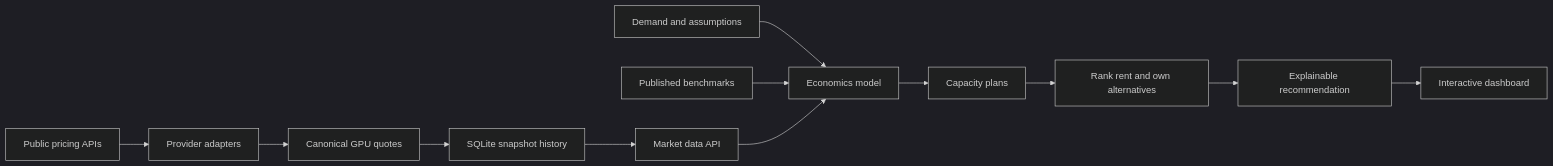
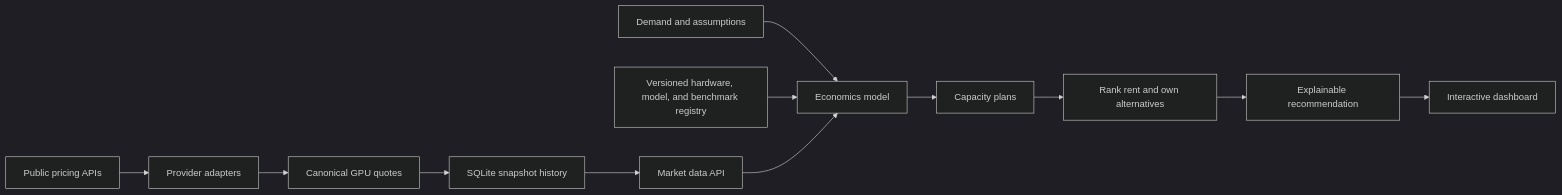
One commit to wolfiesch/gpu-unit-economics changed the diagram in README.md. Above: the diagram before and after it, drawn with Mermaid (dark theme). The commit also changed other lines of this file and 17 other files, not shown here.

Commit message:
feat: add auditable GPU benchmark registry

````diff
--- a/README.md
+++ b/README.md
@@ -50,16 +50,16 @@
 ```mermaid
 flowchart LR
     A["Public pricing APIs"] --> B["Provider adapters"]
     B --> C["Canonical GPU quotes"]
     C --> D["SQLite snapshot history"]
     D --> E["Market data API"]
 
     F["Demand and assumptions"] --> G["Economics model"]
-    H["Published benchmarks"] --> G
+    H["Versioned hardware, model, and benchmark registry"] --> G
     E --> G
 
     G --> I["Capacity plans"]
     I --> J["Rank rent and own alternatives"]
     J --> K["Explainable recommendation"]
     K --> L["Interactive dashboard"]
 ```
````
